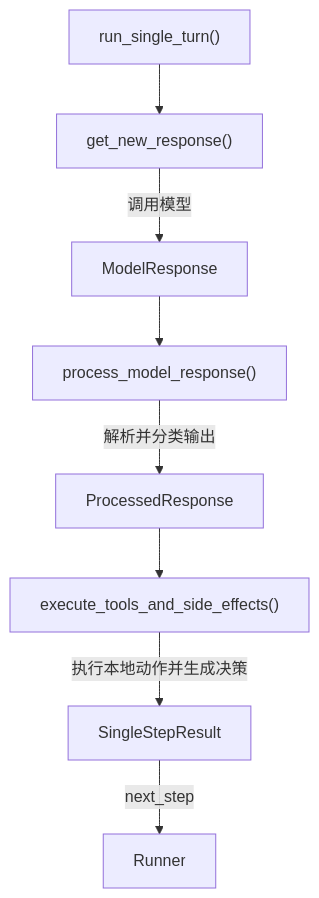
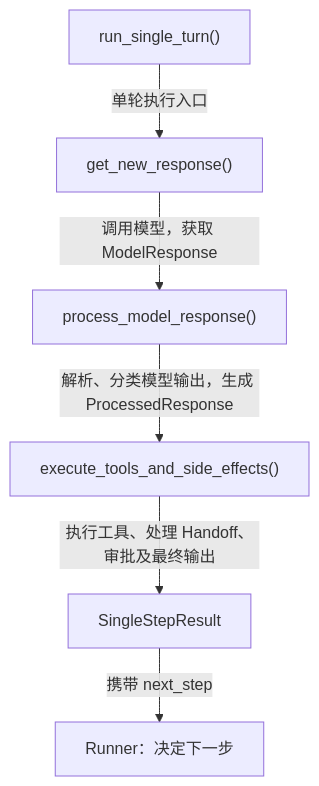
Before and after one commit to Codefreyy/openai-agents-sdk-learn: the third of 7 diagrams in notes_optimized.md, drawn with Mermaid. The commit also changed other lines of this file and 2 other files, not shown here.

````diff
--- a/notes_optimized.md
+++ b/notes_optimized.md
@@ -336,19 +559,14 @@
 ```mermaid
 flowchart TD
     A["run_single_turn()"]
     B["get_new_response()"]
-    C["ModelResponse"]
-    D["process_model_response()"]
-    E["ProcessedResponse"]
-    F["execute_tools_and_side_effects()"]
-    G["SingleStepResult"]
-    H["Runner"]
+    C["process_model_response()"]
+    D["execute_tools_and_side_effects()"]
+    E["SingleStepResult"]
 
-    A --> B
-    B -->|"调用模型"| C
-    C --> D
-    D -->|"解析并分类输出"| E
-    E --> F
-    F -->|"执行本地动作并生成决策"| G
-    G -->|"next_step"| H
+    A -->|"单轮执行入口"| B
+    B -->|"调用模型，获取 ModelResponse"| C
+    C -->|"解析、分类模型输出，生成 ProcessedResponse"| D
+    D -->|"执行工具、处理 Handoff、审批及最终输出"| E
+    E -->|"携带 next_step"| F["Runner：决定下一步"]
 ```
````
